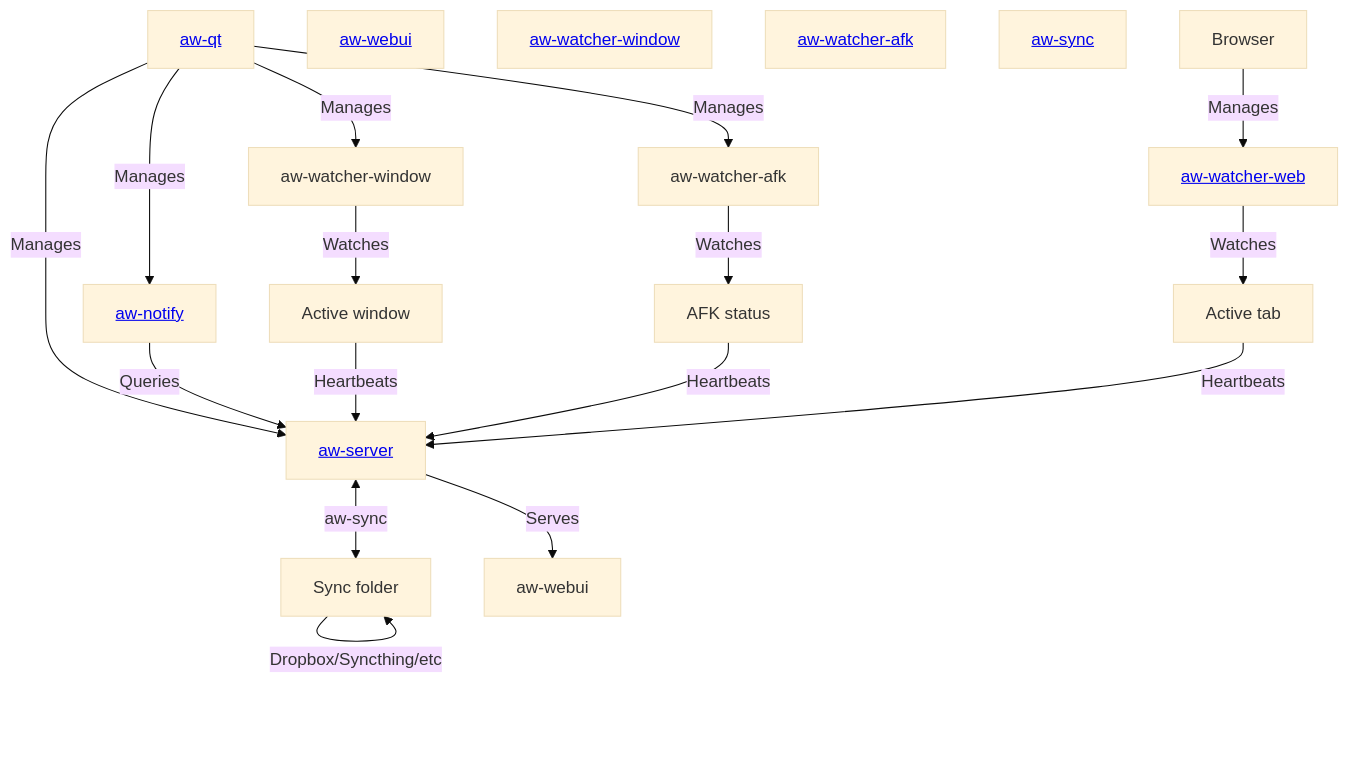
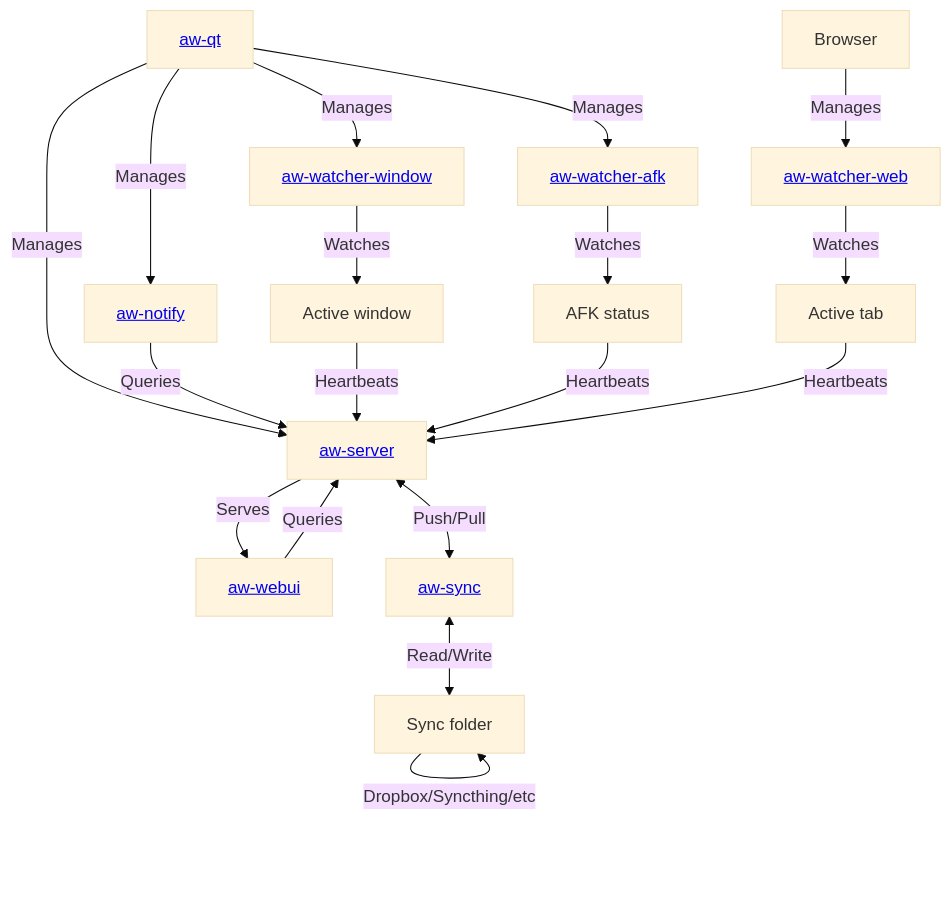
One commit to ActivityWatch/activitywatch changed the diagram in README.md. Above: the diagram before and after it, drawn with Mermaid (base theme).

Commit message:
docs: fix mermaid architecture diagram

````diff
--- a/README.md
+++ b/README.md
@@ -184,36 +184,36 @@
 ```mermaid
 graph TD;
   aw-qt[<a href='https://github.com/ActivityWatch/aw-qt'>aw-qt</a>];
   aw-notify[<a href='https://github.com/ActivityWatch/aw-notify'>aw-notify</a>];
   aw-server[<a href='https://github.com/ActivityWatch/aw-server'>aw-server</a>];
   aw-webui[<a href='https://github.com/ActivityWatch/aw-webui'>aw-webui</a>];
   aw-watcher-window[<a href='https://github.com/ActivityWatch/aw-watcher-window'>aw-watcher-window</a>];
   aw-watcher-afk[<a href='https://github.com/ActivityWatch/aw-watcher-afk'>aw-watcher-afk</a>];
   aw-watcher-web[<a href='https://github.com/ActivityWatch/aw-watcher-web'>aw-watcher-web</a>];
   aw-sync[<a href='https://github.com/ActivityWatch/aw-server-rust/tree/master/aw-sync'>aw-sync</a>];
 
   aw-qt -- Manages --> aw-server;
   aw-qt -- Manages --> aw-notify -- Queries --> aw-server;
-  aw-qt -- Manages --> W1[aw-watcher-window] -- Watches --> S1[Active window] -- Heartbeats --> aw-server;
-  aw-qt -- Manages --> W2[aw-watcher-afk] -- Watches --> S2[AFK status] -- Heartbeats --> aw-server;
+  aw-qt -- Manages --> aw-watcher-window -- Watches --> S1[Active window] -- Heartbeats --> aw-server;
+  aw-qt -- Manages --> aw-watcher-afk -- Watches --> S2[AFK status] -- Heartbeats --> aw-server;
   Browser -- Manages --> aw-watcher-web -- Watches --> S3[Active tab] -- Heartbeats --> aw-server;
   SF -- Dropbox/Syncthing/etc --> SF;
-  aw-server <-- aw-sync --> SF[Sync folder];
-  aw-server -- Serves --> UI[aw-webui];
+  aw-server <-- Push/Pull --> aw-sync <-- Read/Write --> SF[Sync folder];
+  aw-server -- Serves --> aw-webui -- Queries --> aw-server;
 
-  %% User -- Interacts --> UI;
+  %% User -- Interacts --> aw-webui;
   %% User -- Observes --> aw-notify;
   %% User -- Interacts --> aw-qt;
 
 classDef lightMode fill:#FFFFFF, stroke:#333333, color:#333333;
 classDef darkMode fill:#333333, stroke:#FFFFFF, color:#FFFFFF;
 
 classDef lightModeLinks stroke:#333333;
 classDef darkModeLinks stroke:#FFFFFF;
 
 class A,B,C,D,E,G lightMode;
 class A,B,C,D,E,G darkMode;
 
 %% linkStyle 0 stroke:#FF4136, stroke-width:2px;
 %% linkStyle 1 stroke:#1ABC9C, stroke-width:2px;
 ```
````
